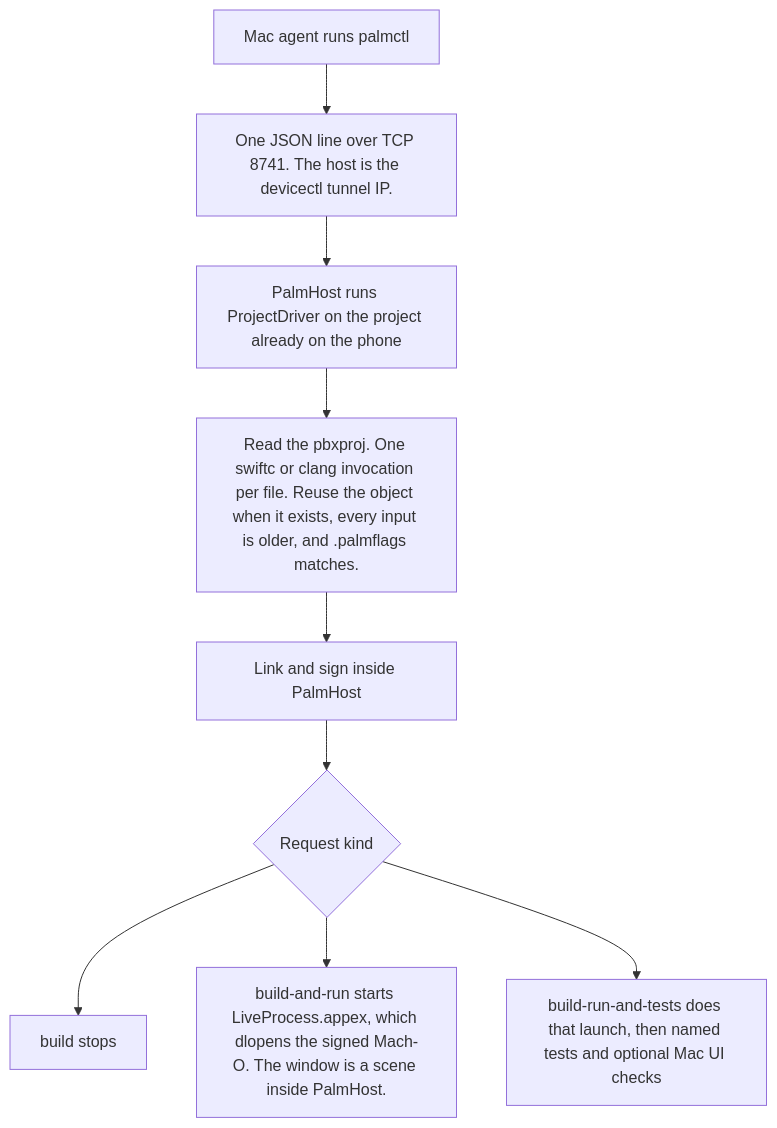
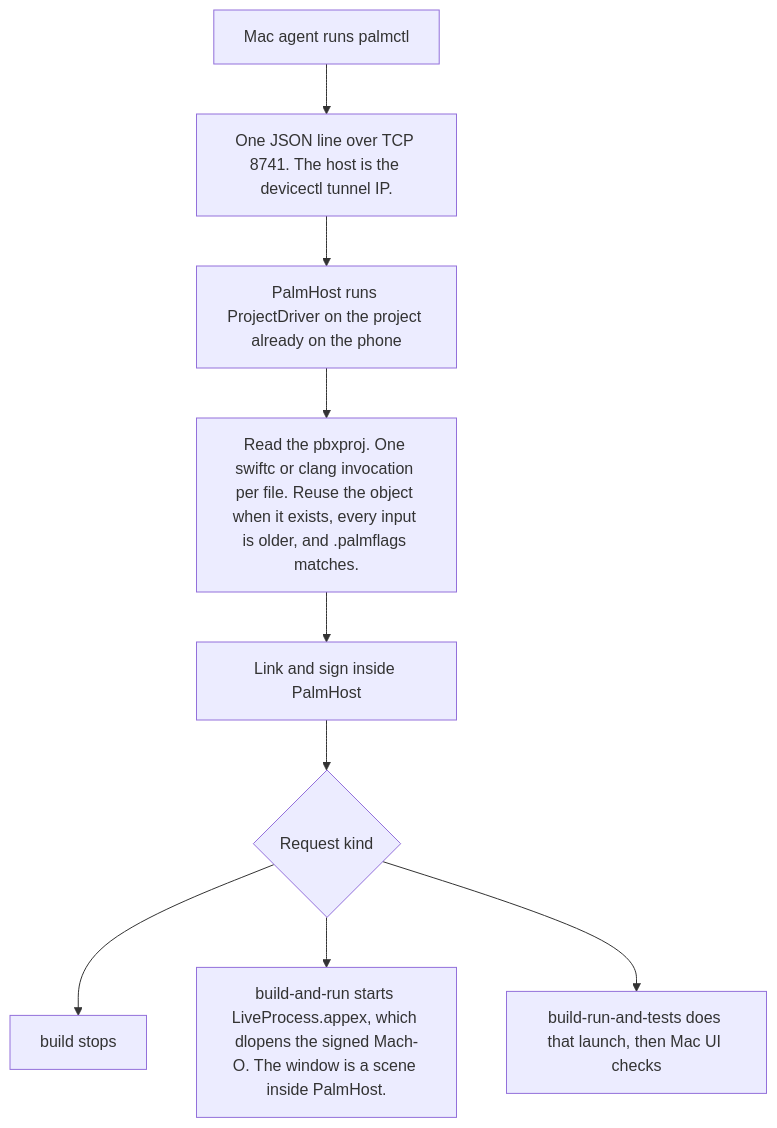
Before and after one commit to isaacy13/Palm: the diagram in Tools/PalmControl/README.md, drawn with Mermaid. The commit also changed other lines of this file and 6 other files, not shown here.

````diff
--- a/Tools/PalmControl/README.md
+++ b/Tools/PalmControl/README.md
@@ -7,17 +7,17 @@
 ```mermaid
 flowchart TD
   agent["Mac agent runs palmctl"]
   wire["One JSON line over TCP 8741. The host is the devicectl tunnel IP."]
   host["PalmHost runs ProjectDriver on the project already on the phone"]
   compile["Read the pbxproj. One swiftc or clang invocation per file. Reuse the object when it exists, every input is older, and .palmflags matches."]
   signed["Link and sign inside PalmHost"]
   kind{"Request kind"}
   buildStop["build stops"]
   launch["build-and-run starts LiveProcess.appex, which dlopens the signed Mach-O. The window is a scene inside PalmHost."]
-  tested["build-run-and-tests does that launch, then named tests and optional Mac UI checks"]
+  tested["build-run-and-tests does that launch, then Mac UI checks"]
 
   agent --> wire --> host --> compile --> signed --> kind
   kind --> buildStop
   kind --> launch
   kind --> tested
 ```
````
